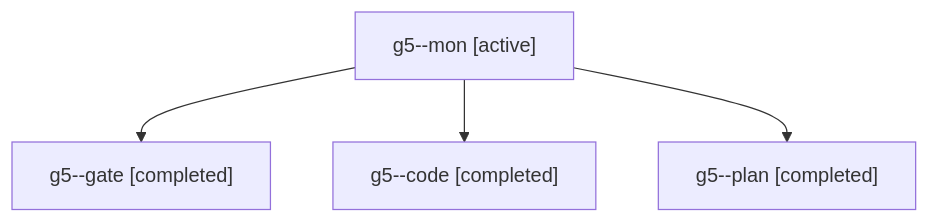
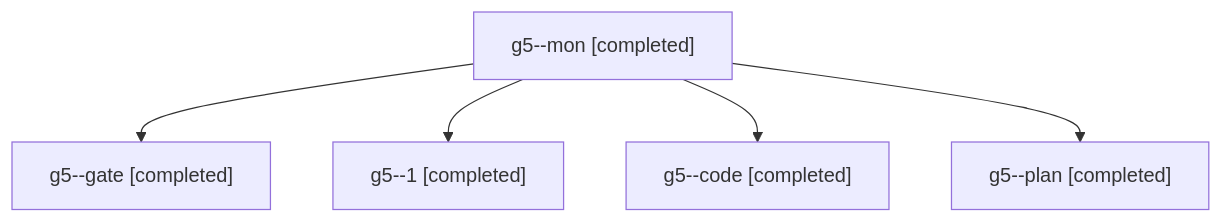
One commit to bobs-org/bob-cli--agents changed the diagram in sessions/bbugyi200.apollo.g5.md. Above: the diagram before and after it, drawn with Mermaid. The commit also changed other lines of this file and 19 other files, not shown here.

````diff
--- a/sessions/bbugyi200.apollo.g5.md
+++ b/sessions/bbugyi200.apollo.g5.md
@@ -9,10 +9,12 @@
 ```mermaid
 flowchart TD
-  n0["g5--mon [active]"]
+  n0["g5--mon [completed]"]
   n1["g5--gate [completed]"]
   n0 --> n1
-  n2["g5--code [completed]"]
+  n2["g5--1 [completed]"]
   n0 --> n2
-  n3["g5--plan [completed]"]
+  n3["g5--code [completed]"]
   n0 --> n3
+  n4["g5--plan [completed]"]
+  n0 --> n4
 ```
````
